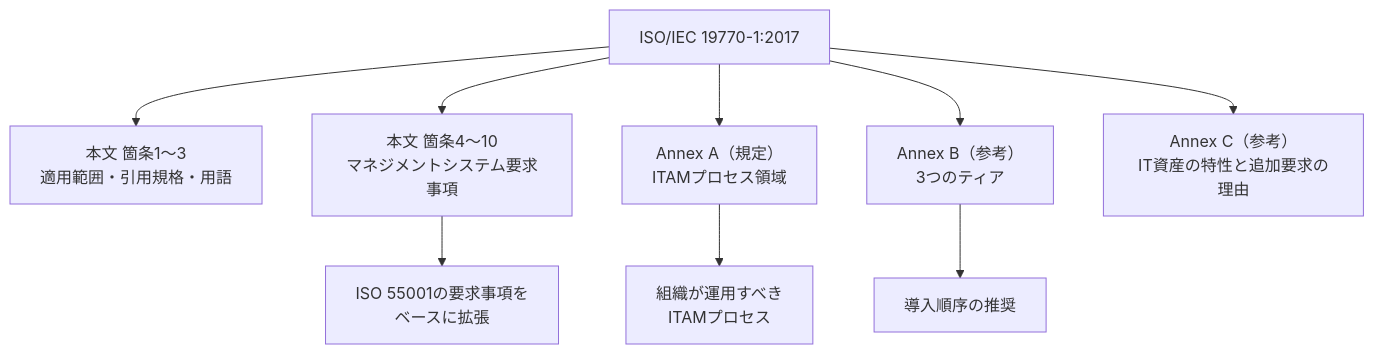
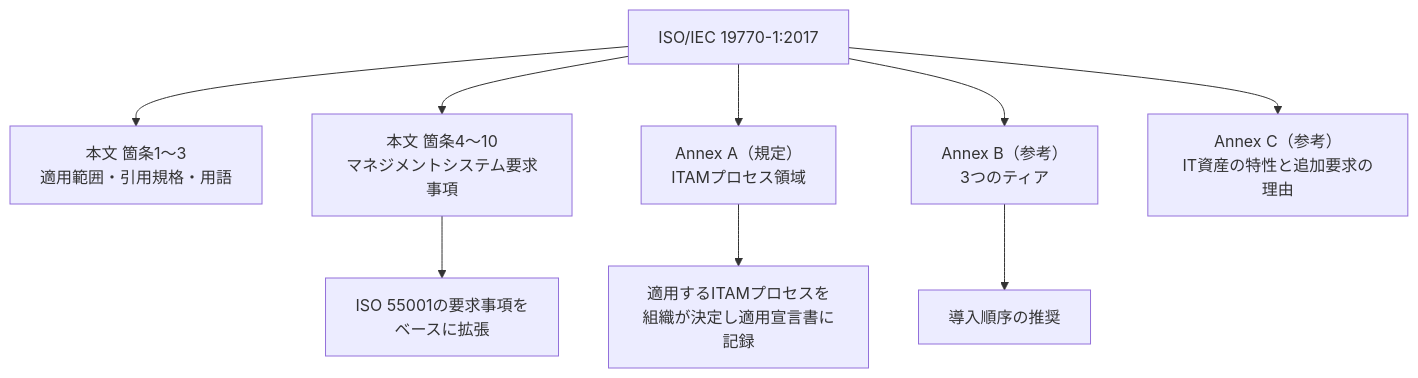
The second of 10 diagrams in Iso-19770-1-guide.md (myoshi2891/Quality-Assurance-Studies), drawn with Mermaid before and after one commit. The commit also changed other lines of this file and 8 other files, not shown here.

First line of the commit message:
fix(iso-23009,docs): address review on DASH timeline/ABR check and source guides

````diff
--- a/Iso-19770-1-guide.md
+++ b/Iso-19770-1-guide.md
@@ -101,11 +101,11 @@
 ```mermaid
 flowchart TB
     A["ISO/IEC 19770-1:2017"] --> B["本文 箇条1〜3<br/>適用範囲・引用規格・用語"]
     A --> C["本文 箇条4〜10<br/>マネジメントシステム要求事項"]
     A --> D["Annex A（規定）<br/>ITAMプロセス領域"]
     A --> E["Annex B（参考）<br/>3つのティア"]
     A --> F["Annex C（参考）<br/>IT資産の特性と追加要求の理由"]
     C --> C1["ISO 55001の要求事項を<br/>ベースに拡張"]
-    D --> D1["組織が運用すべき<br/>ITAMプロセス"]
+    D --> D1["適用するITAMプロセスを<br/>組織が決定し適用宣言書に記録"]
     E --> E1["導入順序の推奨"]
 ```
````
